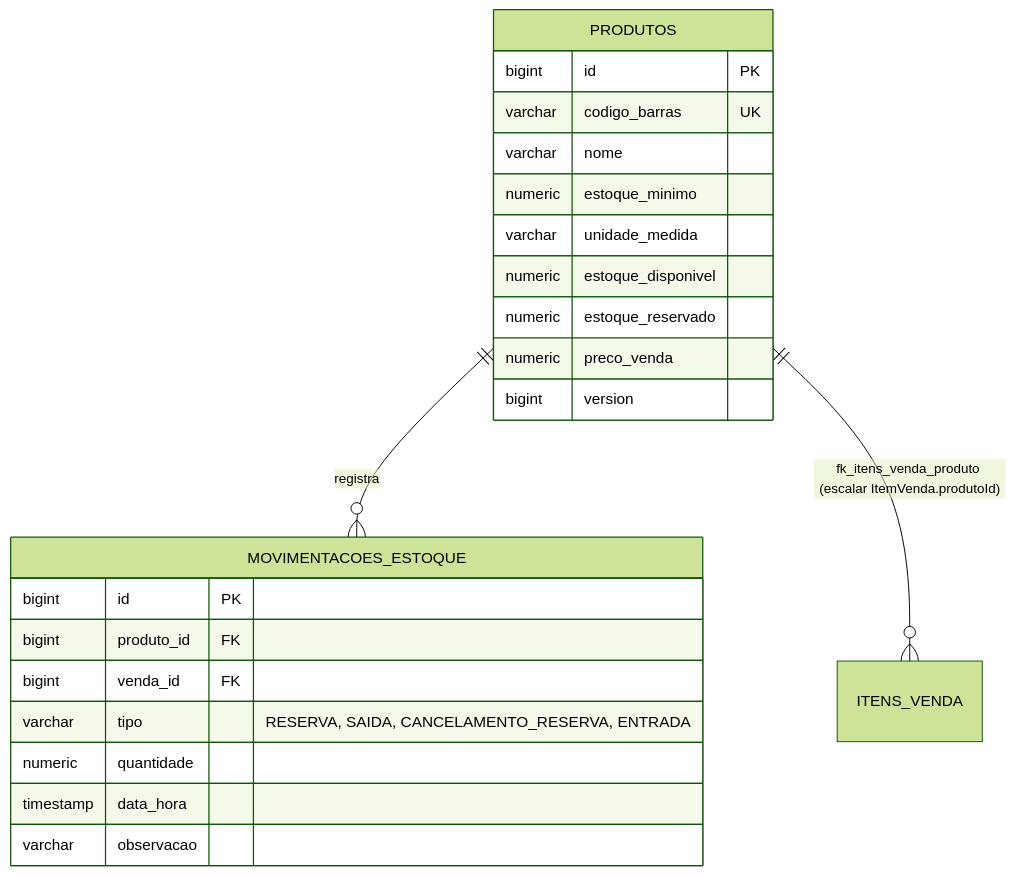
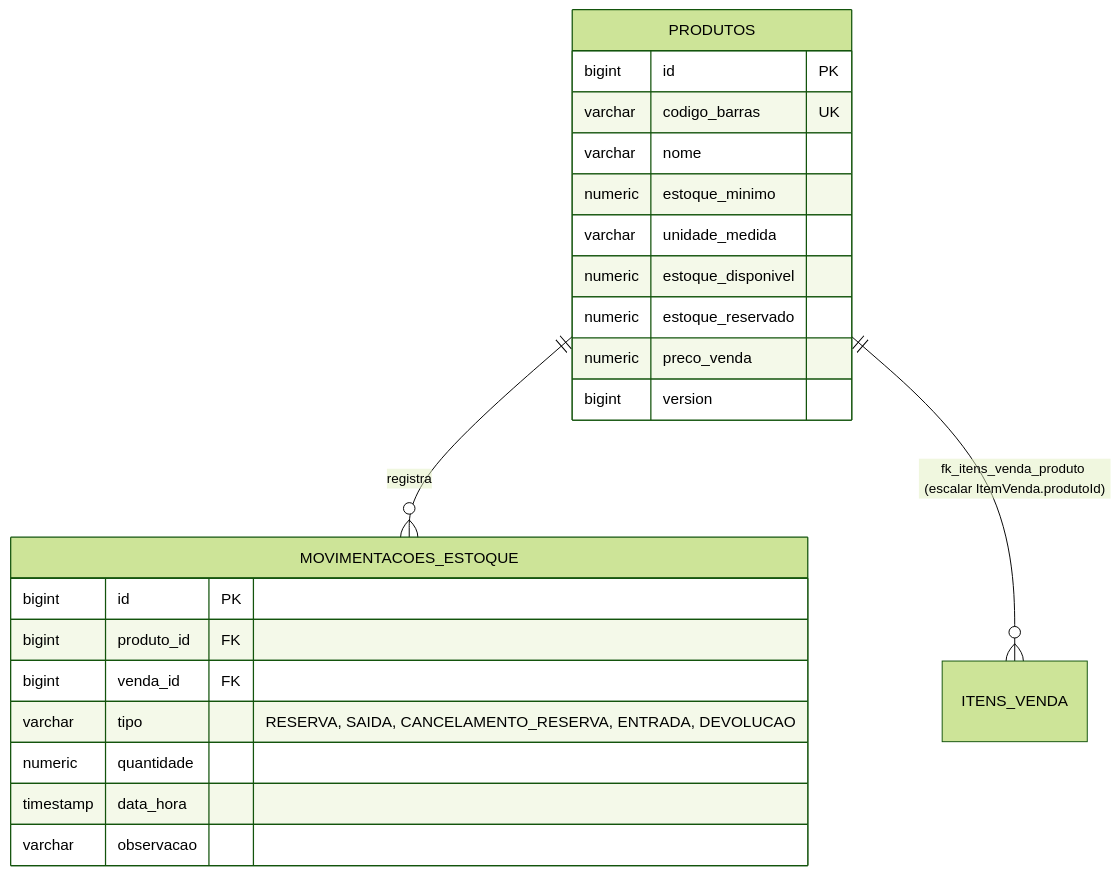
One commit to iXDGabrielTK/petshop-microservices changed the fifth of 5 diagrams in docs/domains/inventory.md. Above: the diagram before and after it, drawn with Mermaid (forest theme). The commit also changed other lines of this file and 59 other files, not shown here.

````diff
--- a/docs/domains/inventory.md
+++ b/docs/domains/inventory.md
@@ -75,27 +108,27 @@
 ```mermaid
 erDiagram
     PRODUTOS ||--o{ MOVIMENTACOES_ESTOQUE : registra
     PRODUTOS ||--o{ ITENS_VENDA : "fk_itens_venda_produto (escalar ItemVenda.produtoId)"
 
     PRODUTOS {
         bigint id PK
         varchar codigo_barras UK
         varchar nome
         numeric estoque_minimo
         varchar unidade_medida
         numeric estoque_disponivel
         numeric estoque_reservado
         numeric preco_venda
         bigint version
     }
 
     MOVIMENTACOES_ESTOQUE {
         bigint id PK
         bigint produto_id FK
         bigint venda_id FK
-        varchar tipo "RESERVA, SAIDA, CANCELAMENTO_RESERVA, ENTRADA"
+        varchar tipo "RESERVA, SAIDA, CANCELAMENTO_RESERVA, ENTRADA, DEVOLUCAO"
         numeric quantidade
         timestamp data_hora
         varchar observacao
     }
 ```
````
